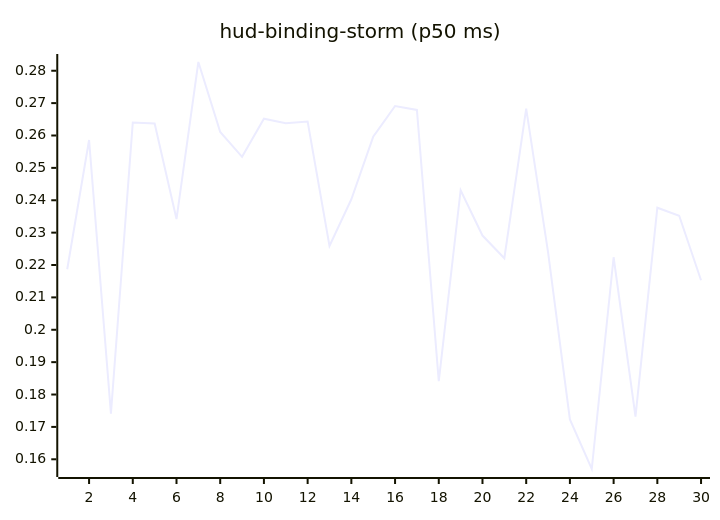
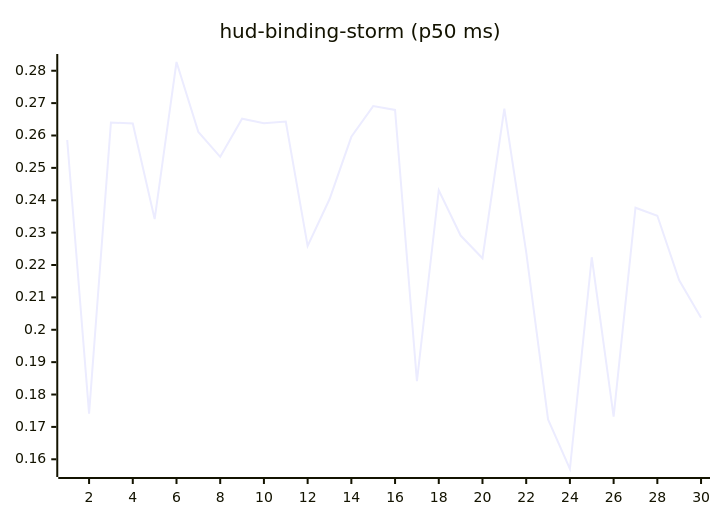
One commit to josha/Facet changed the tenth of 27 diagrams in README.md. Above: the diagram before and after it, drawn with Mermaid. The commit also changed other lines of this file and 2 other files, not shown here.

````diff
--- a/README.md
+++ b/README.md
@@ -126,6 +126,6 @@
 ```mermaid
 xychart-beta
     title "hud-binding-storm (p50 ms)"
     x-axis 1 --> 30
-    line [0.2187, 0.2586, 0.1741, 0.2640, 0.2637, 0.2342, 0.2827, 0.2611, 0.2534, 0.2652, 0.2638, 0.2643, 0.2259, 0.2403, 0.2596, 0.2691, 0.2679, 0.1841, 0.2431, 0.2291, 0.2221, 0.2683, 0.2240, 0.1723, 0.1570, 0.2224, 0.1732, 0.2377, 0.2352, 0.2153]
+    line [0.2586, 0.1741, 0.2640, 0.2637, 0.2342, 0.2827, 0.2611, 0.2534, 0.2652, 0.2638, 0.2643, 0.2259, 0.2403, 0.2596, 0.2691, 0.2679, 0.1841, 0.2431, 0.2291, 0.2221, 0.2683, 0.2240, 0.1723, 0.1570, 0.2224, 0.1732, 0.2377, 0.2352, 0.2153, 0.2037]
 ```
````
